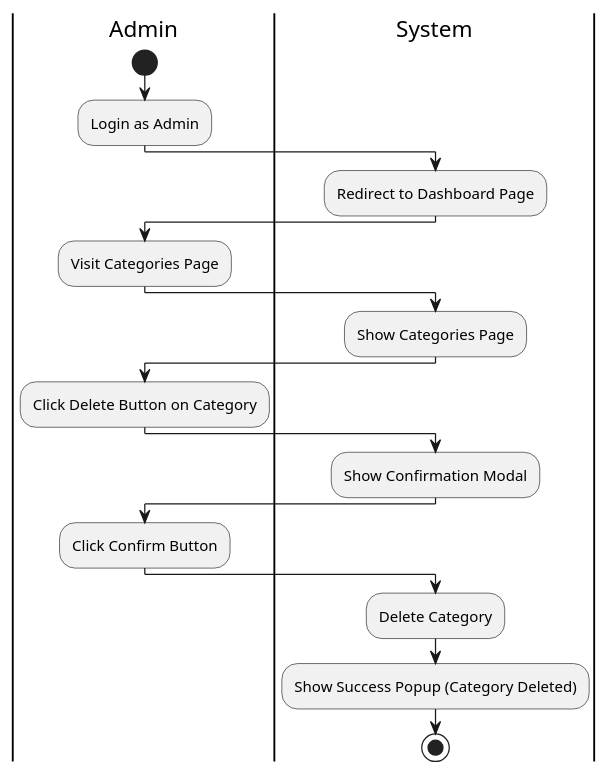
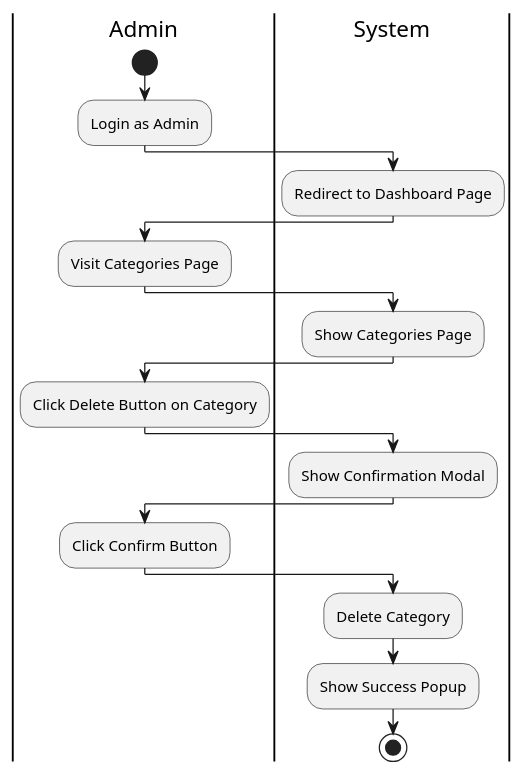
The diagram in 029. Delete Category/Activity Diagram.puml (felixpherry/Lecturna-UML), drawn with PlantUML before and after one commit. The commit also changed 66 other files, not shown here.

Commit message:
Fix: Activity Diagrams

```diff
--- a/029. Delete Category/Activity Diagram.puml
+++ b/029. Delete Category/Activity Diagram.puml
@@ -1,21 +1,21 @@
 @startuml DeleteCategory
 |Admin|
 start
 :Login as Admin;
 |System|
 :Redirect to Dashboard Page;
 |Admin|
 :Visit Categories Page;
 |System|
 :Show Categories Page;
 |Admin|
 :Click Delete Button on Category;
 |System|
 :Show Confirmation Modal;
 |Admin|
 :Click Confirm Button;
 |System|
 :Delete Category;
-:Show Success Popup (Category Deleted);
+:Show Success Popup;
 stop
 @enduml
```
